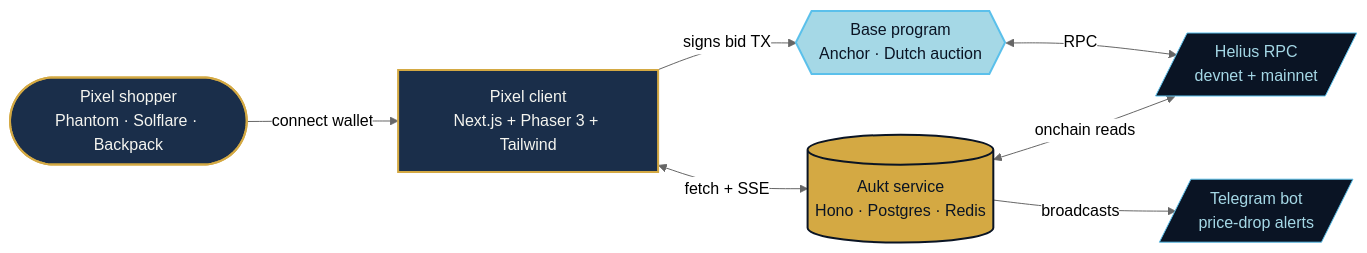
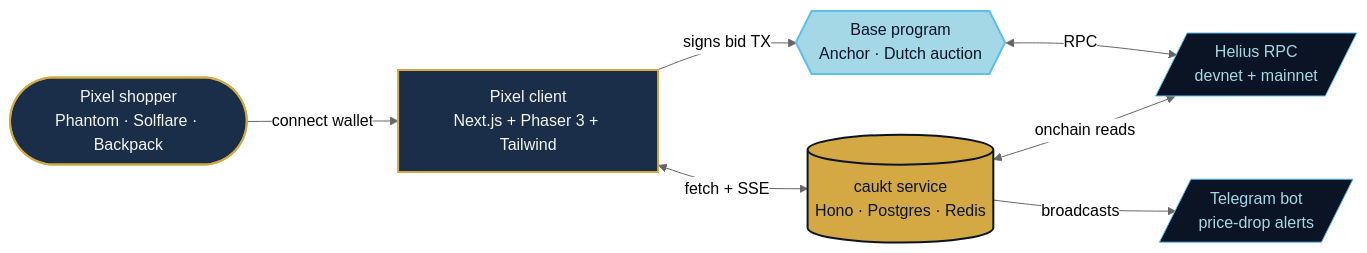
One commit to cauktlabs/Caukt changed the diagram in README.md. Above: the diagram before and after it, drawn with Mermaid (neutral theme). The commit also changed other lines of this file and 8 other files, not shown here.

````diff
--- a/README.md
+++ b/README.md
@@ -36,21 +36,21 @@
 ```mermaid
 flowchart LR
   classDef stall fill:#1A2E4A,stroke:#D4A943,stroke-width:2px,color:#F5F5F0
   classDef bell fill:#D4A943,stroke:#0A1424,stroke-width:2px,color:#0A1424
   classDef ice fill:#A5D8E6,stroke:#5BC0EB,stroke-width:2px,color:#0A1424
   classDef off fill:#0A1424,stroke:#5BC0EB,color:#A5D8E6
 
   Shopper(["Pixel shopper<br/>Phantom · Solflare · Backpack"]):::stall
   Client["Pixel client<br/>Next.js + Phaser 3 + Tailwind"]:::stall
-  Service[("Aukt service<br/>Hono · Postgres · Redis")]:::bell
+  Service[("caukt service<br/>Hono · Postgres · Redis")]:::bell
   Program{{"Base program<br/>Anchor · Dutch auction"}}:::ice
   Helius[/"Helius RPC<br/>devnet + mainnet"/]:::off
   Bot[/"Telegram bot<br/>price-drop alerts"/]:::off
 
   Shopper -->|connect wallet| Client
   Client <-->|fetch + SSE| Service
   Client -->|signs bid TX| Program
   Service <-->|onchain reads| Helius
   Program <-->|RPC| Helius
   Service -->|broadcasts| Bot
 ```
````
